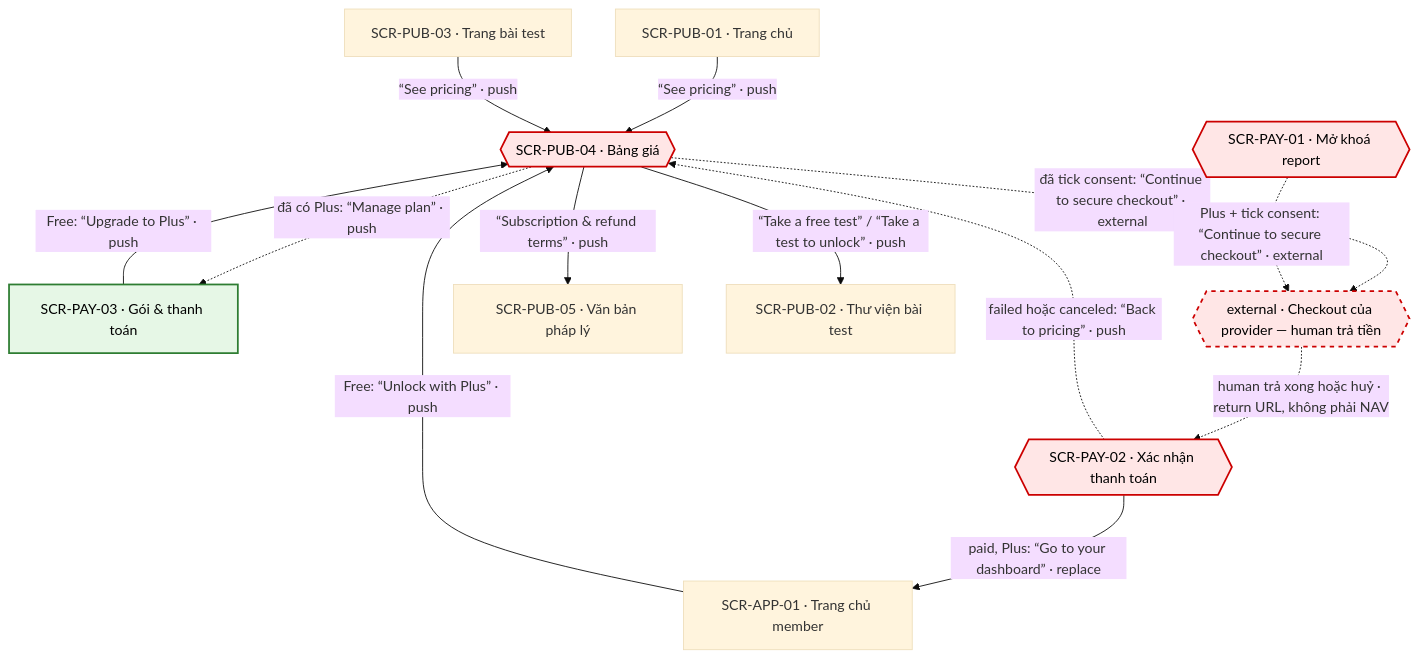
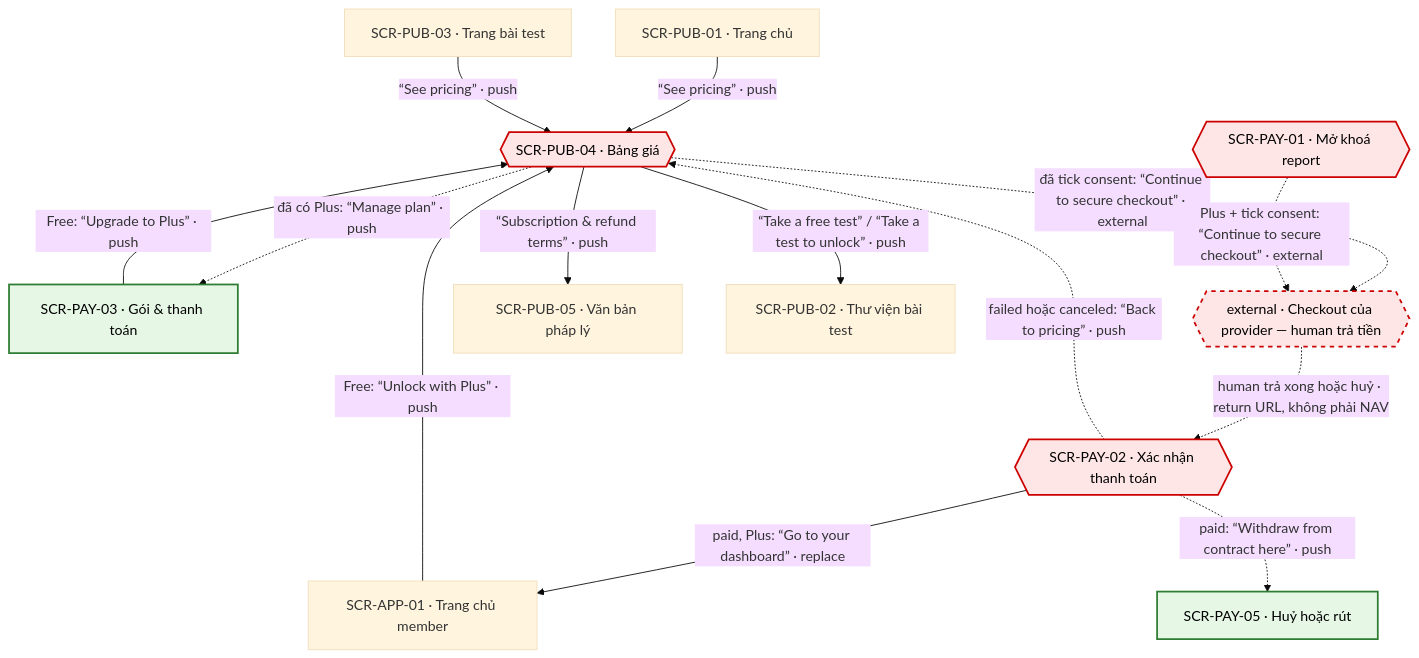
The diagram in docs/flow/FLOW-dang-ky-plus.md (minhvblc/TestLibrary), drawn with Mermaid (base theme) before and after one commit. The commit also changed other lines of this file and 35 other files, not shown here.

````diff
--- a/docs/flow/FLOW-dang-ky-plus.md
+++ b/docs/flow/FLOW-dang-ky-plus.md
@@ -15,23 +16,24 @@
 ```mermaid
 flowchart TD
     SCR_PUB_01["SCR-PUB-01 · Trang chủ"] -->|"“See pricing” · push"| SCR_PUB_04{{"SCR-PUB-04 · Bảng giá"}}
     SCR_PUB_03["SCR-PUB-03 · Trang bài test"] -->|"“See pricing” · push"| SCR_PUB_04
     SCR_APP_01["SCR-APP-01 · Trang chủ member"] -->|"Free: “Unlock with Plus” · push"| SCR_PUB_04
     SCR_PAY_03["SCR-PAY-03 · Gói & thanh toán"] -->|"Free: “Upgrade to Plus” · push"| SCR_PUB_04
     SCR_PUB_04 -.->|"đã tick consent: “Continue to secure checkout” · external"| EXT_CHECKOUT{{"external · Checkout của provider — human trả tiền"}}
     SCR_PAY_01{{"SCR-PAY-01 · Mở khoá report"}} -.->|"Plus + tick consent: “Continue to secure checkout” · external"| EXT_CHECKOUT
     EXT_CHECKOUT -.->|"human trả xong hoặc huỷ · return URL, không phải NAV"| SCR_PAY_02{{"SCR-PAY-02 · Xác nhận thanh toán"}}
     SCR_PAY_02 -->|"paid, Plus: “Go to your dashboard” · replace"| SCR_APP_01
     SCR_PAY_02 -.->|"failed hoặc canceled: “Back to pricing” · push"| SCR_PUB_04
+    SCR_PAY_02 -.->|"paid: “Withdraw from contract here” · push"| SCR_PAY_05["SCR-PAY-05 · Huỷ hoặc rút"]
     SCR_PUB_04 -.->|"đã có Plus: “Manage plan” · push"| SCR_PAY_03
     SCR_PUB_04 -->|"“Subscription & refund terms” · push"| SCR_PUB_05["SCR-PUB-05 · Văn bản pháp lý"]
     SCR_PUB_04 -->|"“Take a free test” / “Take a test to unlock” · push"| SCR_PUB_02["SCR-PUB-02 · Thư viện bài test"]
 
     classDef pay fill:#ffe6e6,stroke:#cc0000,stroke-width:2px,color:#000;
     classDef paid fill:#e6f7e6,stroke:#2e7d32,stroke-width:2px,color:#000;
     classDef park fill:#fff3cd,stroke:#b8860b,stroke-width:1px,color:#000;
     classDef payext fill:#ffe6e6,stroke:#cc0000,stroke-width:2px,stroke-dasharray:5 5,color:#000;
     class SCR_PUB_04,SCR_PAY_01,SCR_PAY_02 pay;
-    class SCR_PAY_03 paid;
+    class SCR_PAY_03,SCR_PAY_05 paid;
     class EXT_CHECKOUT payext;
 ```
````
